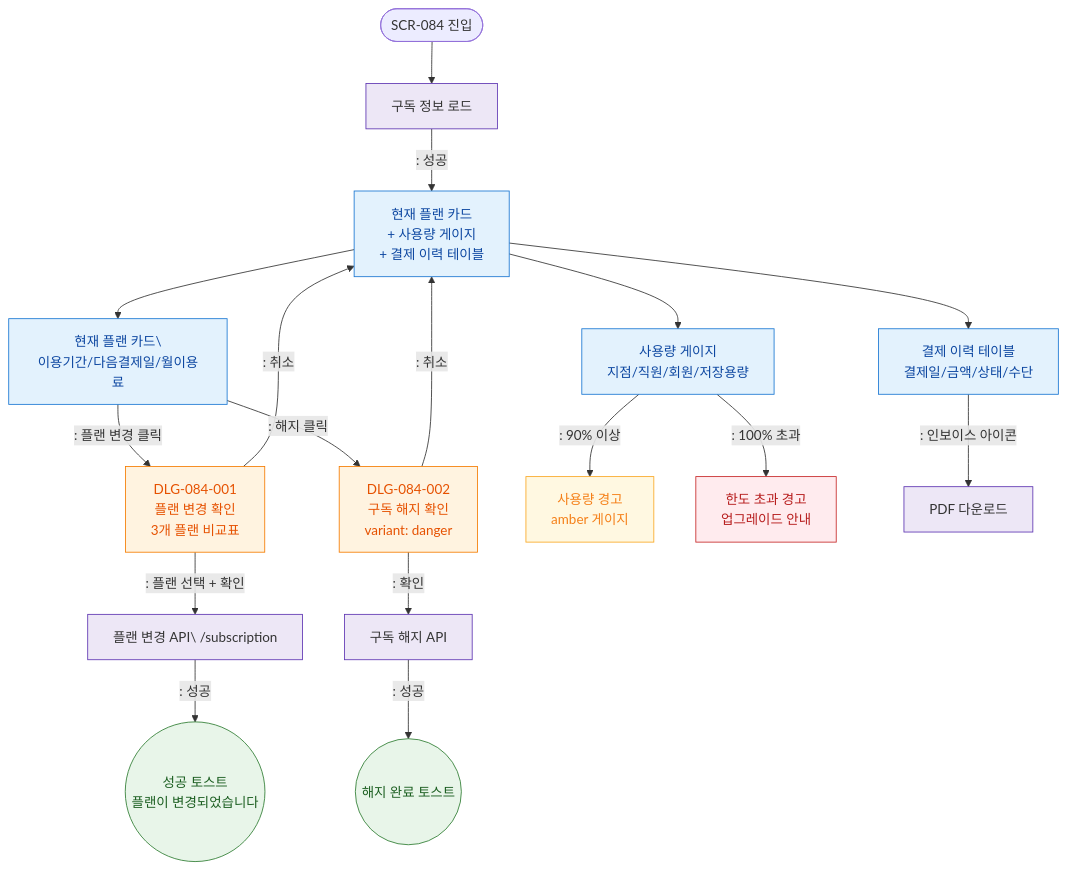
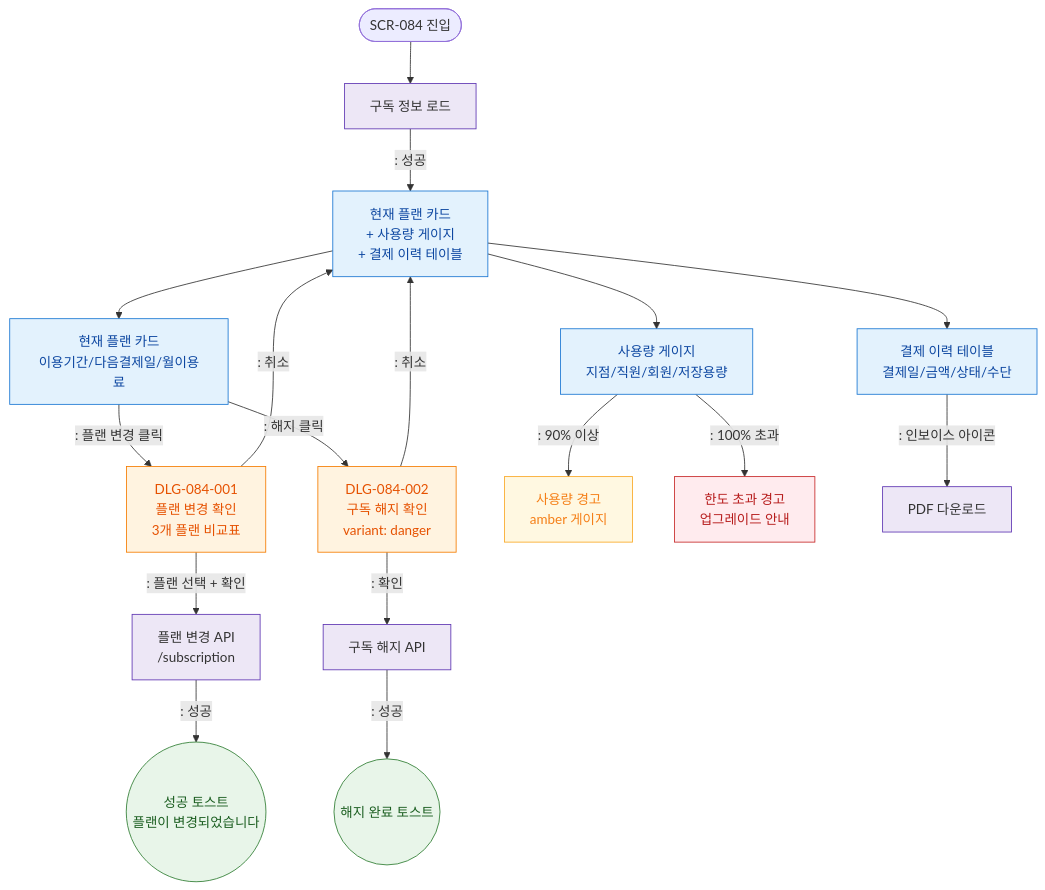
The diagram in docs/admin/다이어그램/D09_설정관리/SCR-084_구독결제관리/F2_메인인터랙션.md (dev-spogym/admin-pando), drawn with Mermaid before and after one commit. The commit also changed 369 other files, not shown here.

````diff
--- a/docs/admin/다이어그램/D09_설정관리/SCR-084_구독결제관리/F2_메인인터랙션.md
+++ b/docs/admin/다이어그램/D09_설정관리/SCR-084_구독결제관리/F2_메인인터랙션.md
@@ -12,36 +12,36 @@
 ```mermaid
 flowchart TD
     Entry([SCR-084 진입]) --> Load[구독 정보 로드]
     Load -->|": 성공"|Display[현재 플랜 카드\n+ 사용량 게이지\n+ 결제 이력 테이블]
 
-    Display --> PlanCard[현재 플랜 카드\\n이용기간/다음결제일/월이용료]
+    Display --> PlanCard[현재 플랜 카드<br/>이용기간/다음결제일/월이용료]
     PlanCard -->|": 플랜 변경 클릭"|DLG_001[DLG-084-001\n플랜 변경 확인\n3개 플랜 비교표]
-    DLG_001 -->|": 플랜 선택 + 확인"|ChangePlan[플랜 변경 API\ /subscription]
+    DLG_001 -->|": 플랜 선택 + 확인"|ChangePlan[플랜 변경 API<br/> /subscription]
     ChangePlan -->|": 성공"|PlanOK((성공 토스트\n플랜이 변경되었습니다))
     DLG_001 -->|": 취소"|Display
 
     PlanCard -->|": 해지 클릭"|DLG_002[DLG-084-002\n구독 해지 확인\nvariant: danger]
     DLG_002 -->|": 확인"|CancelSub[구독 해지 API]
     CancelSub -->|": 성공"|CancelOK((해지 완료 토스트))
     DLG_002 -->|": 취소"|Display
 
     Display --> UsageGauge[사용량 게이지\n지점/직원/회원/저장용량]
     UsageGauge -->|": 90% 이상"|UsageWarn[사용량 경고\namber 게이지]
     UsageGauge -->|": 100% 초과"|UsageBlock[한도 초과 경고\n업그레이드 안내]
 
     Display --> PayHistory[결제 이력 테이블\n결제일/금액/상태/수단]
     PayHistory -->|": 인보이스 아이콘"|DownloadPDF[PDF 다운로드]
 
     classDef screen fill:#E3F2FD,stroke:#1976D2,color:#0D47A1
     classDef modal fill:#FFF3E0,stroke:#F57C00,color:#E65100
     classDef success fill:#E8F5E9,stroke:#2E7D32,color:#1B5E20
     classDef warning fill:#FFF8E1,stroke:#F9A825,color:#F57F17
     classDef error fill:#FFEBEE,stroke:#C62828,color:#B71C1C
     classDef system fill:#EDE7F6,stroke:#5E35B2
     class Display,PlanCard,UsageGauge,PayHistory screen
     class DLG_001,DLG_002 modal
     class PlanOK,CancelOK success
     class UsageWarn warning
     class UsageBlock error
     class Load,ChangePlan,CancelSub,DownloadPDF system
 ```
````
